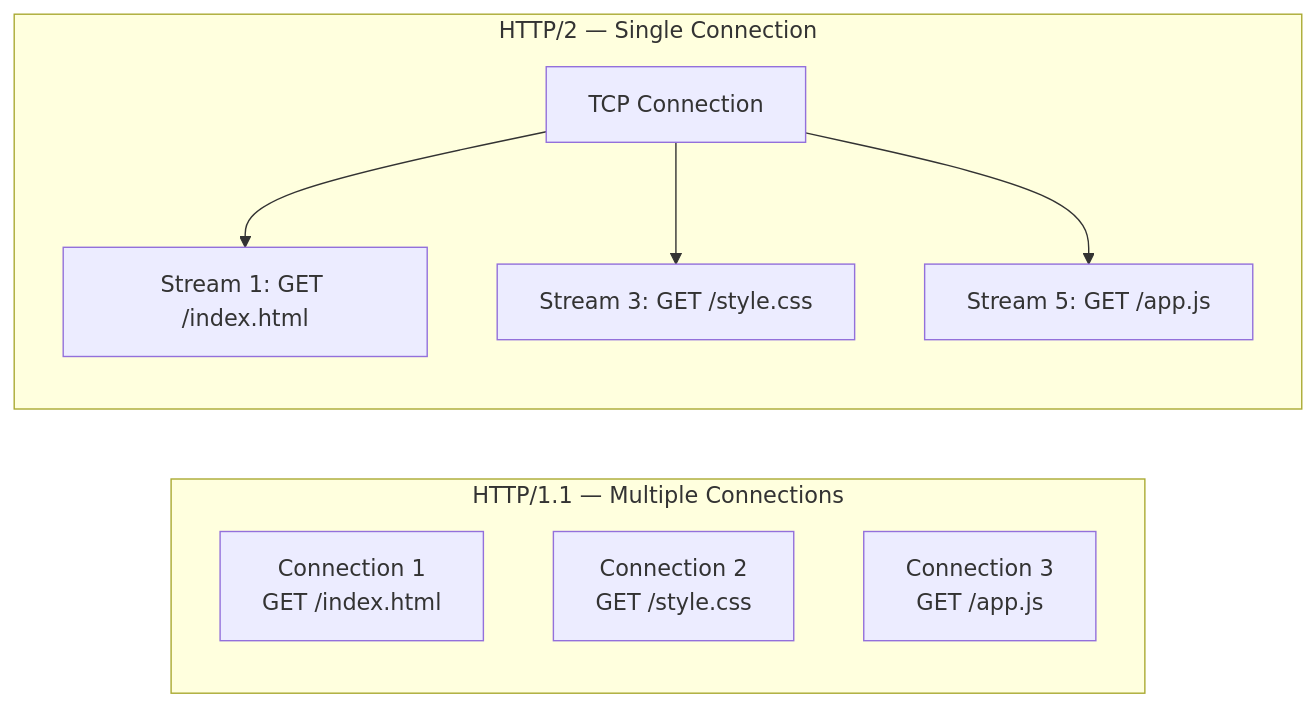
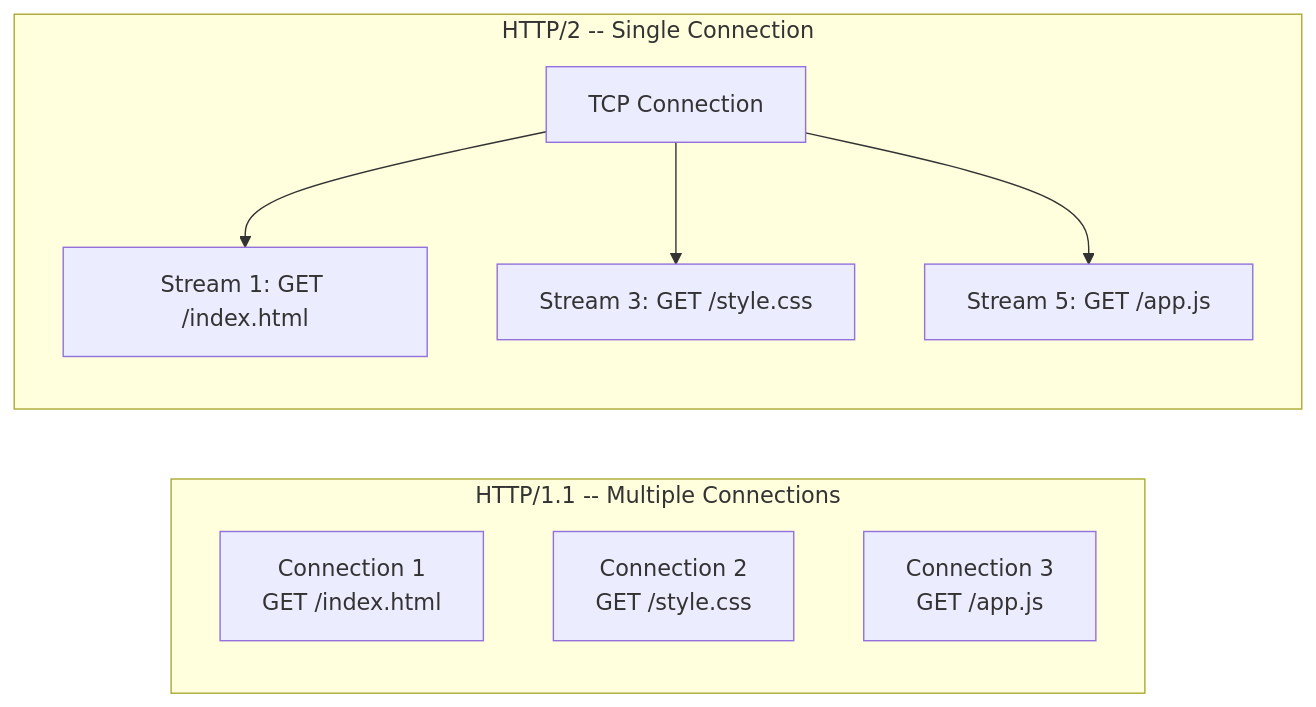
The third of 4 diagrams in src/networking/http.md (Abhinav-Kumar012/lb2), drawn with Mermaid before and after one commit. The commit also changed other lines of this file and 211 other files, not shown here.

First line of the commit message:
fix: mermaid syntax issues across 212 files

````diff
--- a/src/networking/http.md
+++ b/src/networking/http.md
@@ -306,15 +306,15 @@
 ```mermaid
 graph LR
-    subgraph "HTTP/1.1 — Multiple Connections"
-        C1["Connection 1<br/>GET /index.html"]
-        C2["Connection 2<br/>GET /style.css"]
-        C3["Connection 3<br/>GET /app.js"]
+    subgraph "HTTP/1.1 -- Multiple Connections"
+        C1["Connection 1<br>GET /index.html"]
+        C2["Connection 2<br>GET /style.css"]
+        C3["Connection 3<br>GET /app.js"]
     end
 
-    subgraph "HTTP/2 — Single Connection"
+    subgraph "HTTP/2 -- Single Connection"
         S["TCP Connection"]
         S --> F1["Stream 1: GET /index.html"]
         S --> F2["Stream 3: GET /style.css"]
         S --> F3["Stream 5: GET /app.js"]
     end
 ```
````
